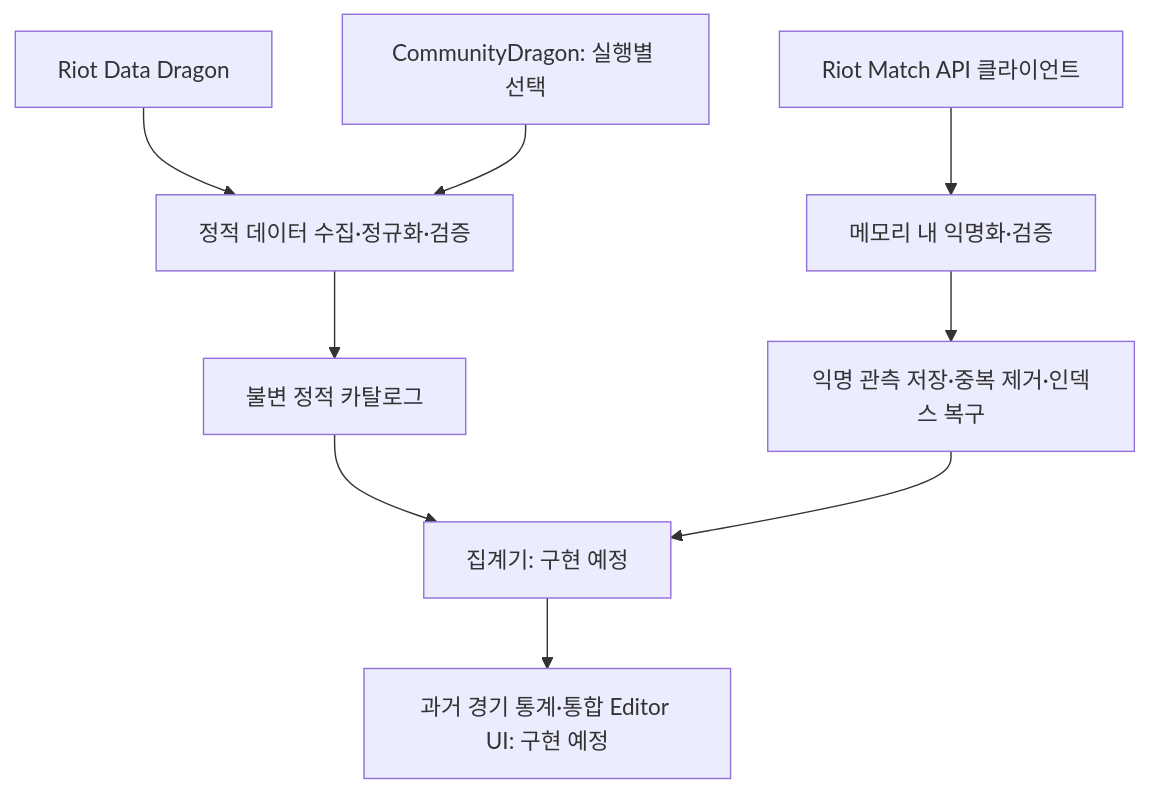
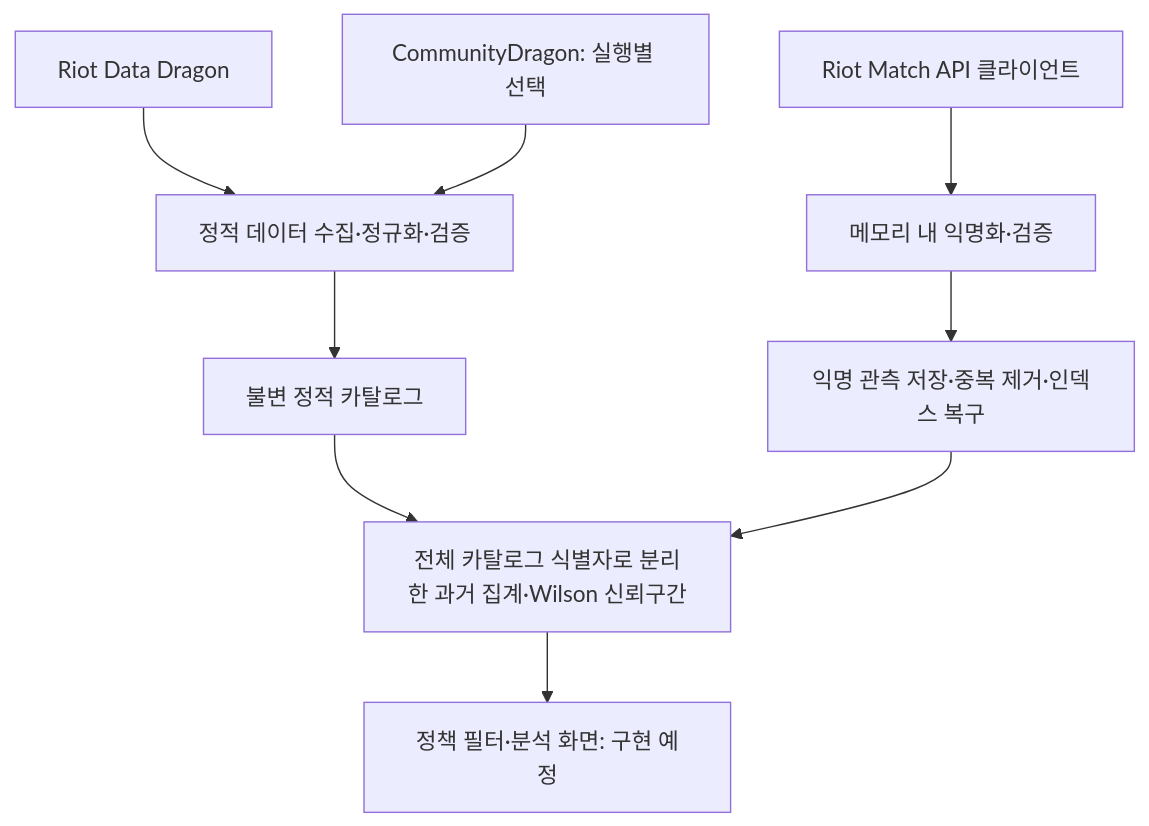
Before and after one commit to Ghyeok/TFTDataAnalyzer: the diagram in README.md, drawn with Mermaid. The commit also changed other lines of this file and 32 other files, not shown here.

````diff
--- a/README.md
+++ b/README.md
@@ -55,11 +55,11 @@
 ```mermaid
 flowchart TD
     A[Riot Data Dragon] --> C[정적 데이터 수집·정규화·검증]
     B[CommunityDragon: 실행별 선택] --> C
     C --> D[불변 정적 카탈로그]
     E[Riot Match API 클라이언트] --> F[메모리 내 익명화·검증]
     F --> G[익명 관측 저장·중복 제거·인덱스 복구]
-    D --> H[집계기: 구현 예정]
+    D --> H[전체 카탈로그 식별자로 분리한 과거 집계·Wilson 신뢰구간]
     G --> H
-    H --> I[과거 경기 통계·통합 Editor UI: 구현 예정]
+    H --> I[정책 필터·분석 화면: 구현 예정]
 ```
````
